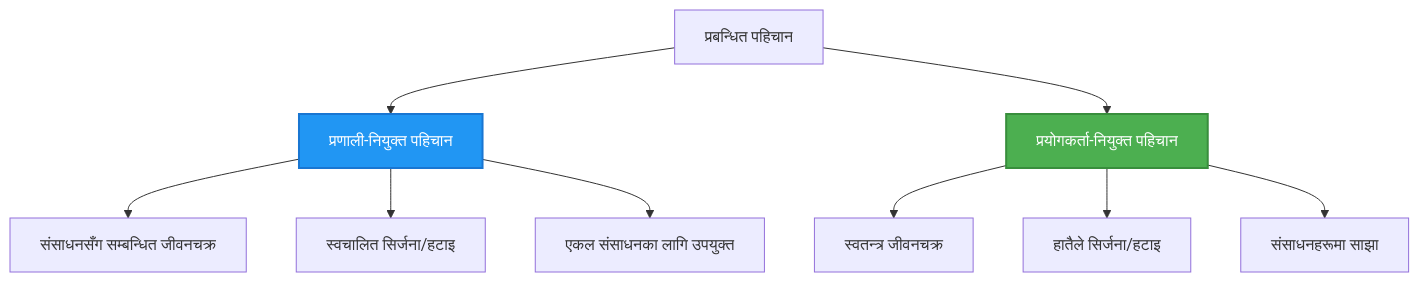
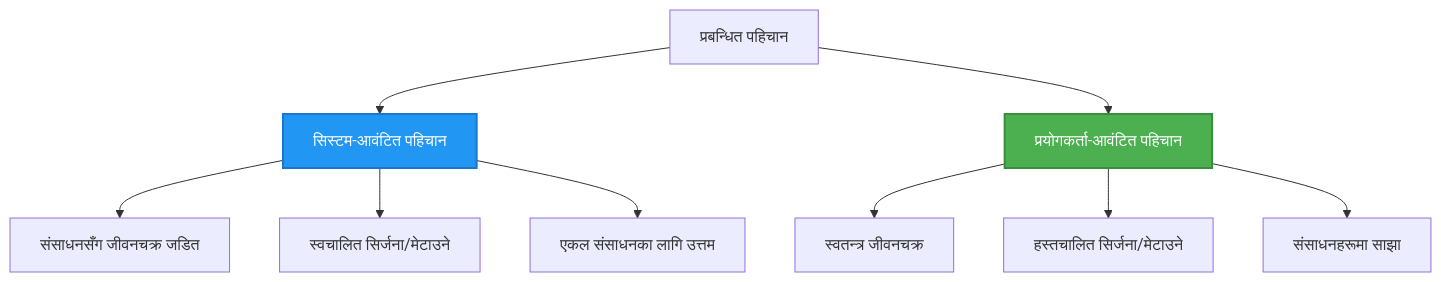
One commit to microsoft/AZD-for-beginners changed the second of 2 diagrams in translations/ne/docs/chapter-03-configuration/authsecurity.md. Above: the diagram before and after it, drawn with Mermaid. The commit also changed other lines of this file and 104 other files, not shown here.

````diff
--- a/translations/ne/docs/chapter-03-configuration/authsecurity.md
+++ b/translations/ne/docs/chapter-03-configuration/authsecurity.md
@@ -97,20 +98,20 @@
 ```mermaid
 graph TB
     MI[प्रबन्धित पहिचान]
-    SystemAssigned[प्रणाली-नियुक्त पहिचान]
-    UserAssigned[प्रयोगकर्ता-नियुक्त पहिचान]
+    SystemAssigned[सिस्टम-आवंटित पहिचान]
+    UserAssigned[प्रयोगकर्ता-आवंटित पहिचान]
     
     MI --> SystemAssigned
     MI --> UserAssigned
     
-    SystemAssigned --> SA1[संसाधनसँग सम्बन्धित जीवनचक्र]
-    SystemAssigned --> SA2[स्वचालित सिर्जना/हटाइ]
-    SystemAssigned --> SA3[एकल संसाधनका लागि उपयुक्त]
+    SystemAssigned --> SA1[संसाधनसँग जीवनचक्र जडित]
+    SystemAssigned --> SA2[स्वचालित सिर्जना/मेटाउने]
+    SystemAssigned --> SA3[एकल संसाधनका लागि उत्तम]
     
     UserAssigned --> UA1[स्वतन्त्र जीवनचक्र]
-    UserAssigned --> UA2[हातैले सिर्जना/हटाइ]
+    UserAssigned --> UA2[हस्तचालित सिर्जना/मेटाउने]
     UserAssigned --> UA3[संसाधनहरूमा साझा]
     
     style SystemAssigned fill:#2196F3,stroke:#1976D2,stroke-width:2px,color:#fff
     style UserAssigned fill:#4CAF50,stroke:#388E3C,stroke-width:2px,color:#fff
 ```
````
